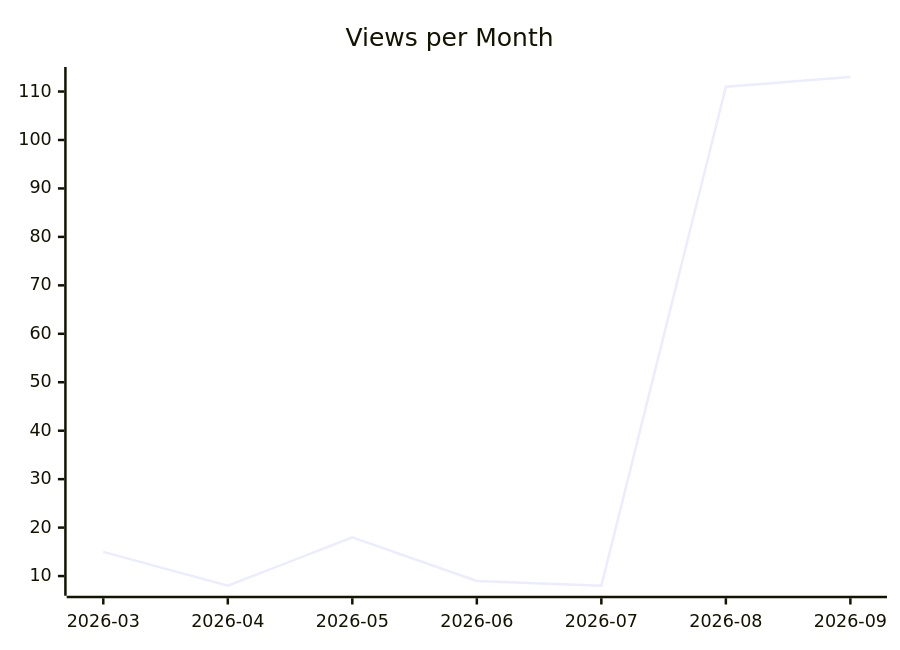
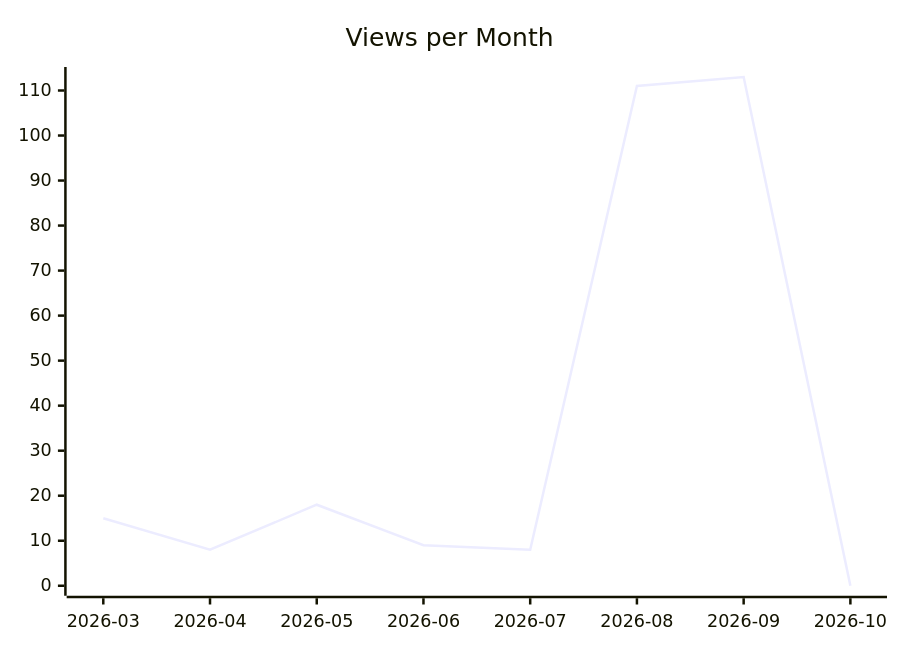
The second of 3 diagrams in karlmdavis/xmlpull/README.md (justdavis-family/github-analytics-data), drawn with Mermaid before and after one commit. The commit also changed other lines of this file and 202 other files, not shown here.

````diff
--- a/karlmdavis/xmlpull/README.md
+++ b/karlmdavis/xmlpull/README.md
@@ -12,6 +12,6 @@
 ```mermaid
 xychart-beta
   title "Views per Month"
-  x-axis ["2026-03", "2026-04", "2026-05", "2026-06", "2026-07", "2026-08", "2026-09"]
-  line [15, 8, 18, 9, 8, 111, 113]
+  x-axis ["2026-03", "2026-04", "2026-05", "2026-06", "2026-07", "2026-08", "2026-09", "2026-10"]
+  line [15, 8, 18, 9, 8, 111, 113, 0]
 ```
````
